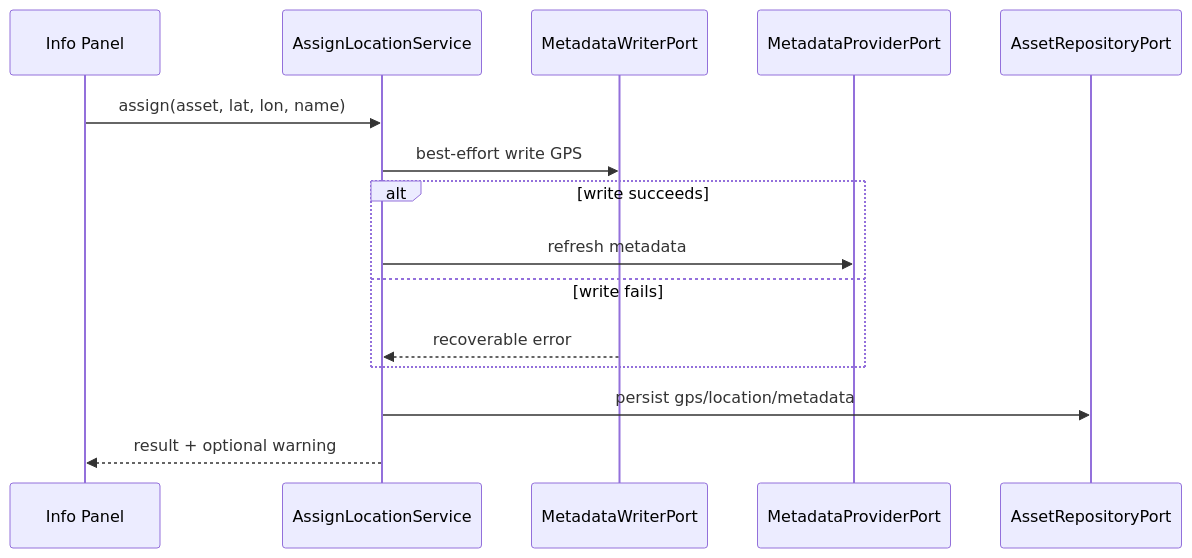
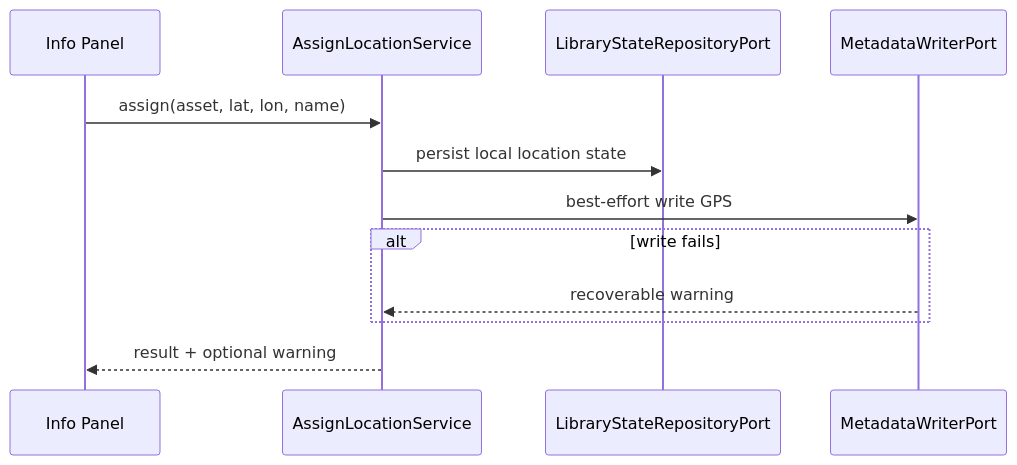
The fifth of 6 diagrams in docs/architecture.md (OliverZhaohaibin/iPhotron-LocalPhotoAlbumManager), drawn with Mermaid before and after one commit. The commit also changed other lines of this file and 5 other files, not shown here.

Commit message:
docs: align vNext architecture documentation

````diff
--- a/docs/architecture.md
+++ b/docs/architecture.md
@@ -389,18 +322,15 @@
 ```mermaid
 sequenceDiagram
     participant UI as Info Panel
     participant Service as AssignLocationService
+    participant State as LibraryStateRepositoryPort
     participant Writer as MetadataWriterPort
-    participant Reader as MetadataProviderPort
-    participant Repo as AssetRepositoryPort
 
     UI->>Service: assign(asset, lat, lon, name)
+    Service->>State: persist local location state
     Service->>Writer: best-effort write GPS
-    alt write succeeds
-        Service->>Reader: refresh metadata
-    else write fails
-        Writer-->>Service: recoverable error
+    alt write fails
+        Writer-->>Service: recoverable warning
     end
-    Service->>Repo: persist gps/location/metadata
     Service-->>UI: result + optional warning
 ```
````
